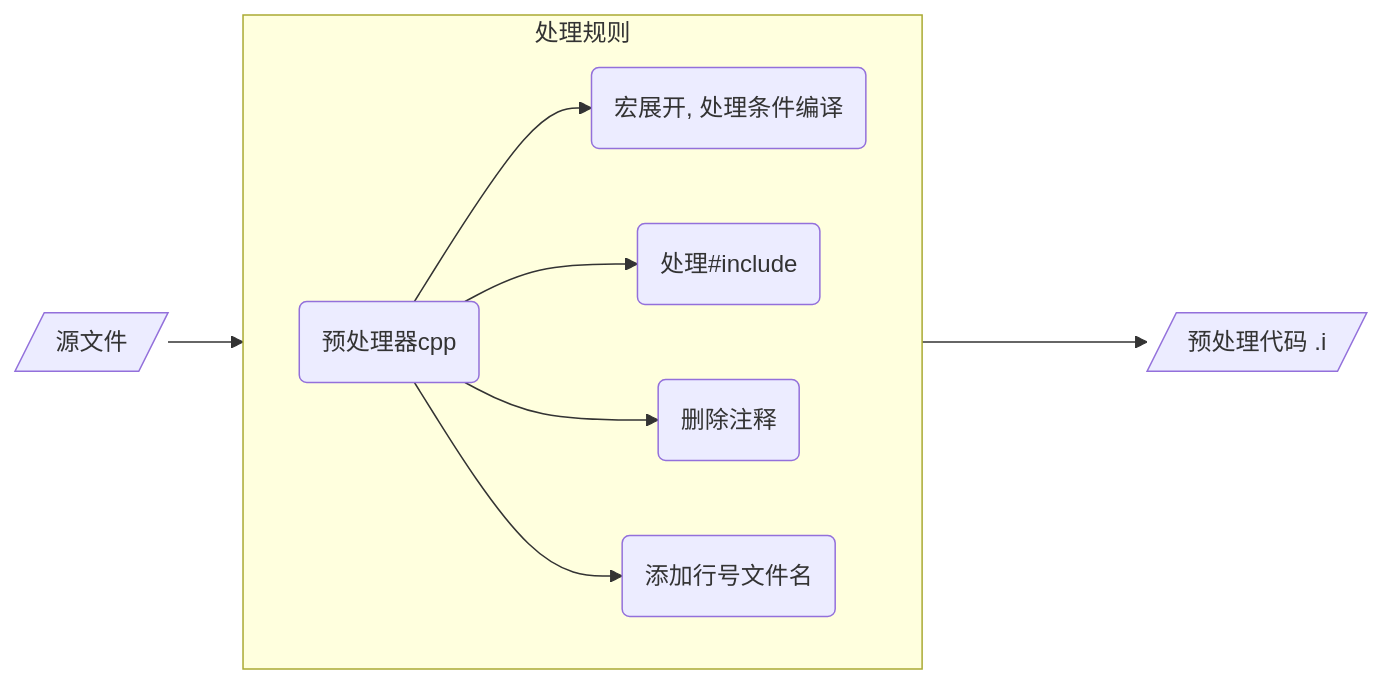
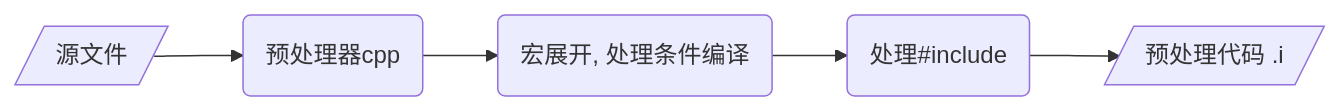
Before and after one commit to dmjcb/dmjcb.github.io: the second of 7 diagrams in _posts/language/c_c++/compile/2021-06-15-编译过程.md, drawn with Mermaid. The commit also changed other lines of this file and 32 other files, not shown here.

````diff
--- a/_posts/language/c_c++/compile/2021-06-15-编译过程.md
+++ b/_posts/language/c_c++/compile/2021-06-15-编译过程.md
@@ -48,14 +48,4 @@
 ```mermaid
 graph LR;
-    subgraph 处理规则
-        direction LR
-        A(预处理器cpp)
-        A --> B(宏展开, 处理条件编译)
-        A --> D(处理#include)
-        A --> E(删除注释)
-        A --> F(添加行号文件名)
-    end
-
-    P[/源文件/]-->A
-    处理规则---->I[/预处理代码 .i/]
+    P[/源文件/]-->A(预处理器cpp)-->B(宏展开, 处理条件编译)--> D(处理#include)-->I[/预处理代码 .i/]
 ```
````
